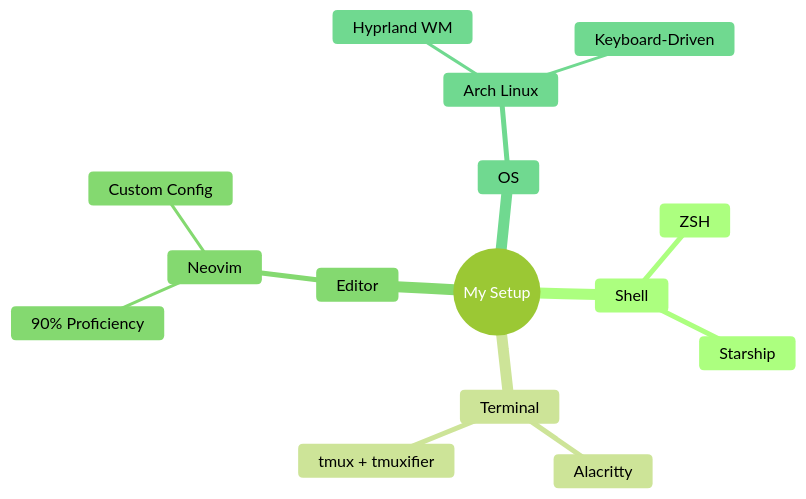
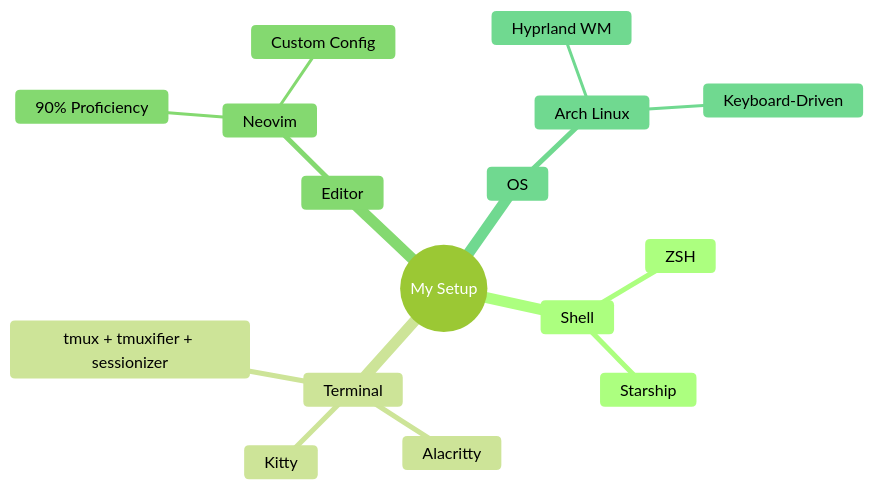
The first of 2 diagrams in README.md (santoshxshrestha/santoshxshrestha), drawn with Mermaid (forest theme) before and after one commit. The commit also changed other lines of this file, not shown here.

````diff
--- a/README.md
+++ b/README.md
@@ -9,18 +11,19 @@
 ```mermaid
 mindmap
   root((My Setup))
     Shell
       ZSH
       Starship
     Terminal
+      Kitty
       Alacritty
-      tmux + tmuxifier
+      tmux + tmuxifier + sessionizer
     Editor
       Neovim
         90% Proficiency
         Custom Config
     OS
       Arch Linux
         Hyprland WM
         Keyboard-Driven
 ```
````
